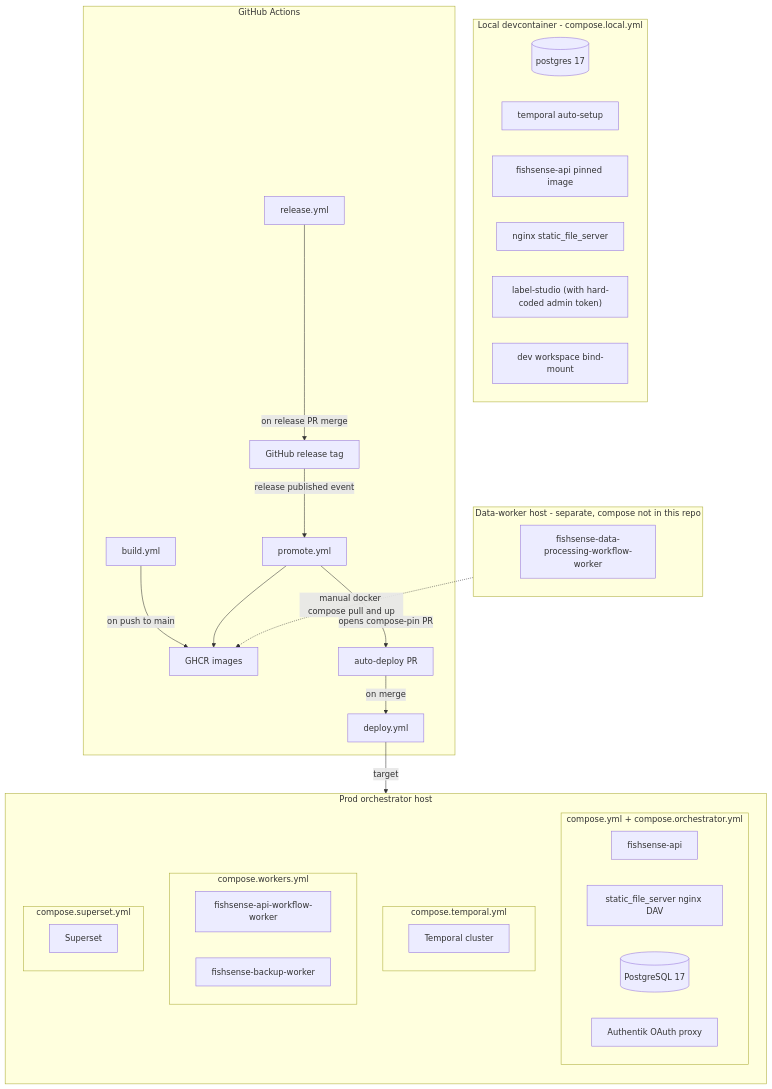
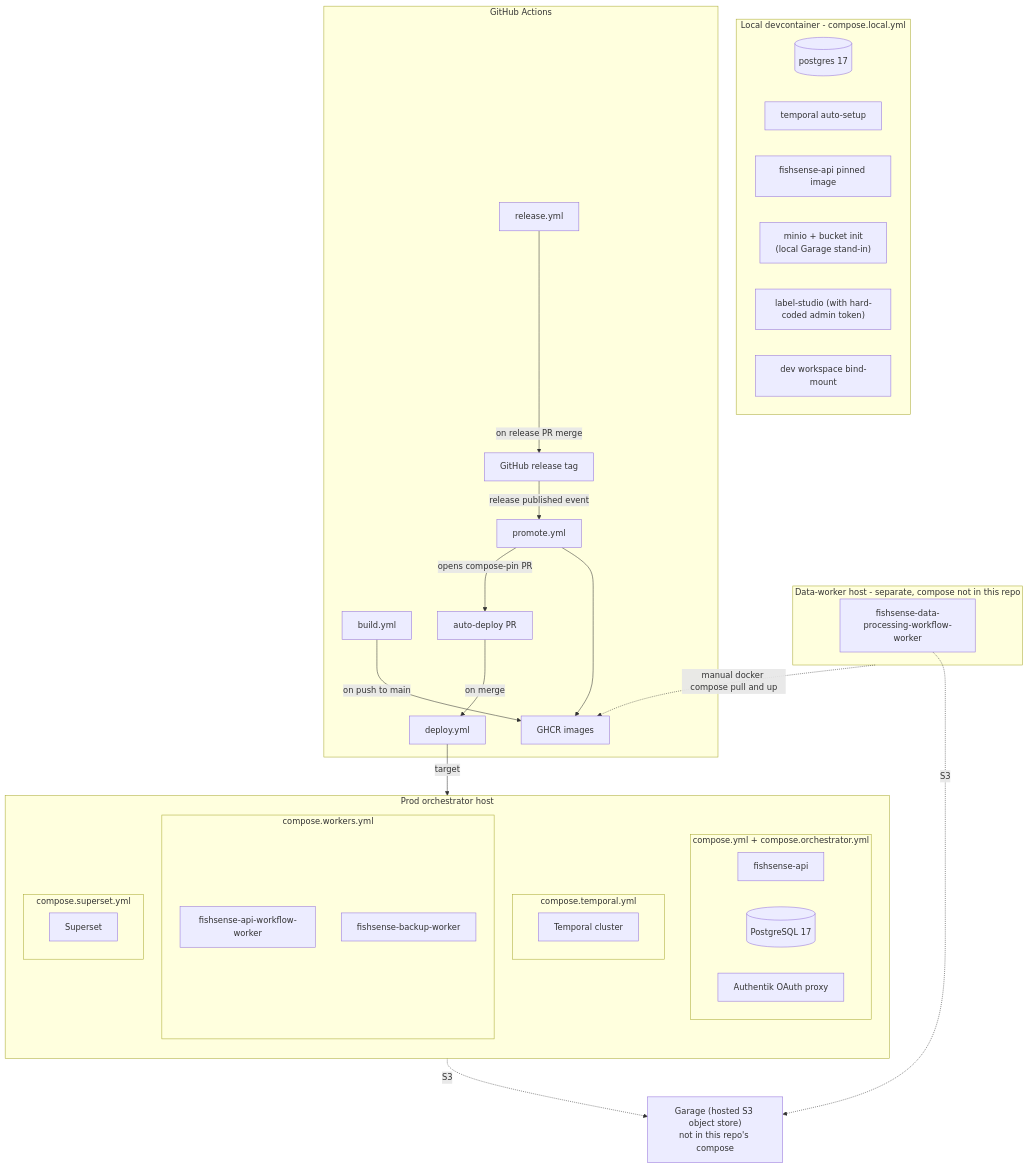
Before and after one commit to UCSD-E4E/fishsense-lite: the second of 8 diagrams in docs/diagrams.md, drawn with Mermaid. The commit also changed other lines of this file, not shown here.

First line of the commit message:
docs: redraw architecture diagrams for the Garage object-store migration

````diff
--- a/docs/diagrams.md
+++ b/docs/diagrams.md
@@ -83,55 +83,59 @@
 ```mermaid
 flowchart TB
     subgraph PROD["Prod orchestrator host"]
         direction TB
         subgraph C_BASE["compose.yml + compose.orchestrator.yml"]
             P_API["fishsense-api"]
-            P_FX["static_file_server nginx DAV"]
             P_PG[("PostgreSQL 17")]
             P_AUTHENTIK["Authentik OAuth proxy"]
         end
         subgraph C_TEMPORAL["compose.temporal.yml"]
             P_TEMPORAL["Temporal cluster"]
         end
         subgraph C_WORKERS["compose.workers.yml"]
             P_APIWW["fishsense-api-workflow-worker"]
             P_BUW["fishsense-backup-worker"]
         end
         subgraph C_SUPERSET["compose.superset.yml"]
             P_SUP["Superset"]
         end
     end
 
+    GAR["Garage (hosted S3 object store)<br/>not in this repo's compose"]
+
     subgraph DWHOST["Data-worker host - separate, compose not in this repo"]
         D_DPW["fishsense-data-processing-workflow-worker"]
     end
 
     subgraph DEV["Local devcontainer - compose.local.yml"]
         L_PG[("postgres 17")]
         L_TEMPORAL["temporal auto-setup"]
         L_API["fishsense-api pinned image"]
-        L_FX["nginx static_file_server"]
+        L_MINIO["minio + bucket init<br/>(local Garage stand-in)"]
         L_LS["label-studio (with hard-coded admin token)"]
         L_DEV["dev workspace bind-mount"]
     end
 
     subgraph CI["GitHub Actions"]
         CI_BUILD["build.yml"]
         CI_RELEASE["release.yml"]
         CI_PROMOTE["promote.yml"]
         CI_DEPLOY["deploy.yml"]
         GHCR["GHCR images"]
         GH_REL["GitHub release tag"]
         AUTO_PR["auto-deploy PR"]
     end
 
+    P_APIWW -.->|S3| GAR
+    D_DPW   -.->|S3| GAR
+
     CI_BUILD   -->|on push to main| GHCR
     CI_RELEASE -->|on release PR merge| GH_REL
     GH_REL     -->|release published event| CI_PROMOTE
     CI_PROMOTE --> GHCR
     CI_PROMOTE -->|opens compose-pin PR| AUTO_PR
     AUTO_PR    -->|on merge| CI_DEPLOY
     CI_DEPLOY  -->|target| PROD
 
     DWHOST -.->|manual docker compose pull and up| GHCR
 ```
````
